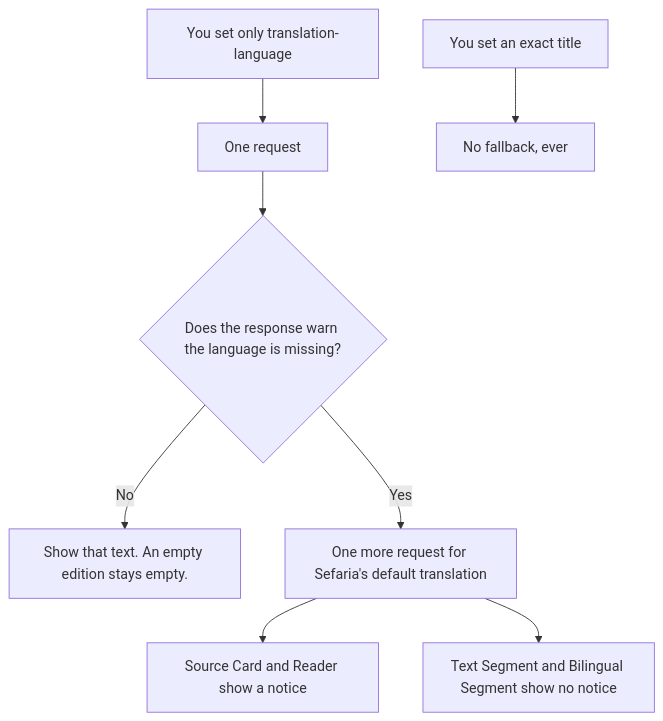
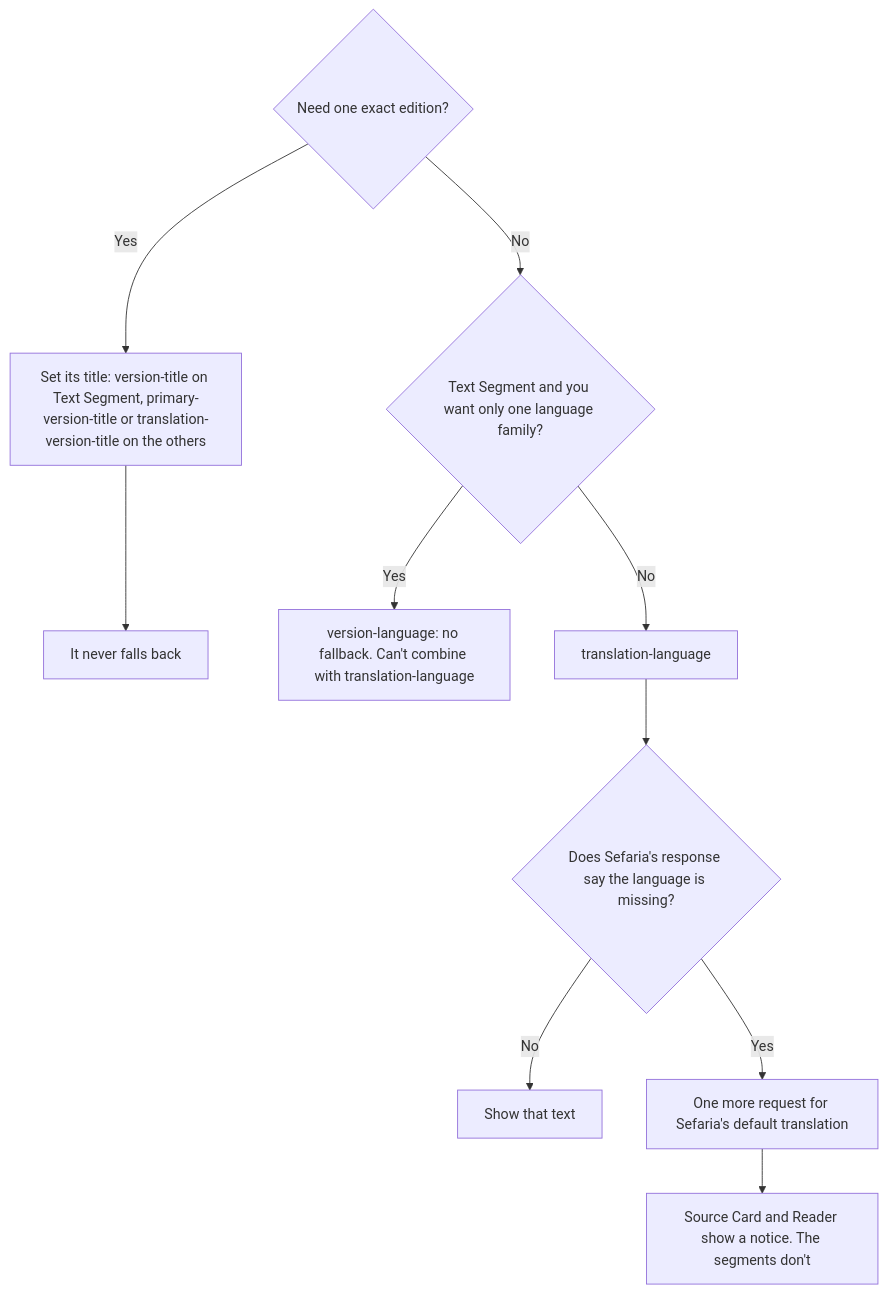
One commit to Arithmomaniac/sefaria-frontend-toolkit changed the diagram in docs/across-components/choose-what-text-readers-see.md. Above: the diagram before and after it, drawn with Mermaid. The commit also changed other lines of this file, not shown here.

First line of the commit message:
docs: B20 Simple English fixes and full attribute decision chart

````diff
--- a/docs/across-components/choose-what-text-readers-see.md
+++ b/docs/across-components/choose-what-text-readers-see.md
@@ -70,10 +30,13 @@
 ```mermaid
 flowchart TD
-  A["You set only translation-language"] --> B["One request"]
-  B --> C{"Does the response warn the language is missing?"}
-  C -->|No| D["Show that text. An empty edition stays empty."]
-  C -->|Yes| E["One more request for Sefaria's default translation"]
-  E --> F["Source Card and Reader show a notice"]
-  E --> G["Text Segment and Bilingual Segment show no notice"]
-  H["You set an exact title"] --> I["No fallback, ever"]
+  A{"Need one exact edition?"}
+  A -->|Yes| B["Set its title: version-title on Text Segment, primary-version-title or translation-version-title on the others"]
+  B --> C["It never falls back"]
+  A -->|No| D{"Text Segment and you want only one language family?"}
+  D -->|Yes| E["version-language: no fallback. Can't combine with translation-language"]
+  D -->|No| F["translation-language"]
+  F --> G{"Does Sefaria's response say the language is missing?"}
+  G -->|No| H["Show that text"]
+  G -->|Yes| I["One more request for Sefaria's default translation"]
+  I --> J["Source Card and Reader show a notice. The segments don't"]
 ```
````
